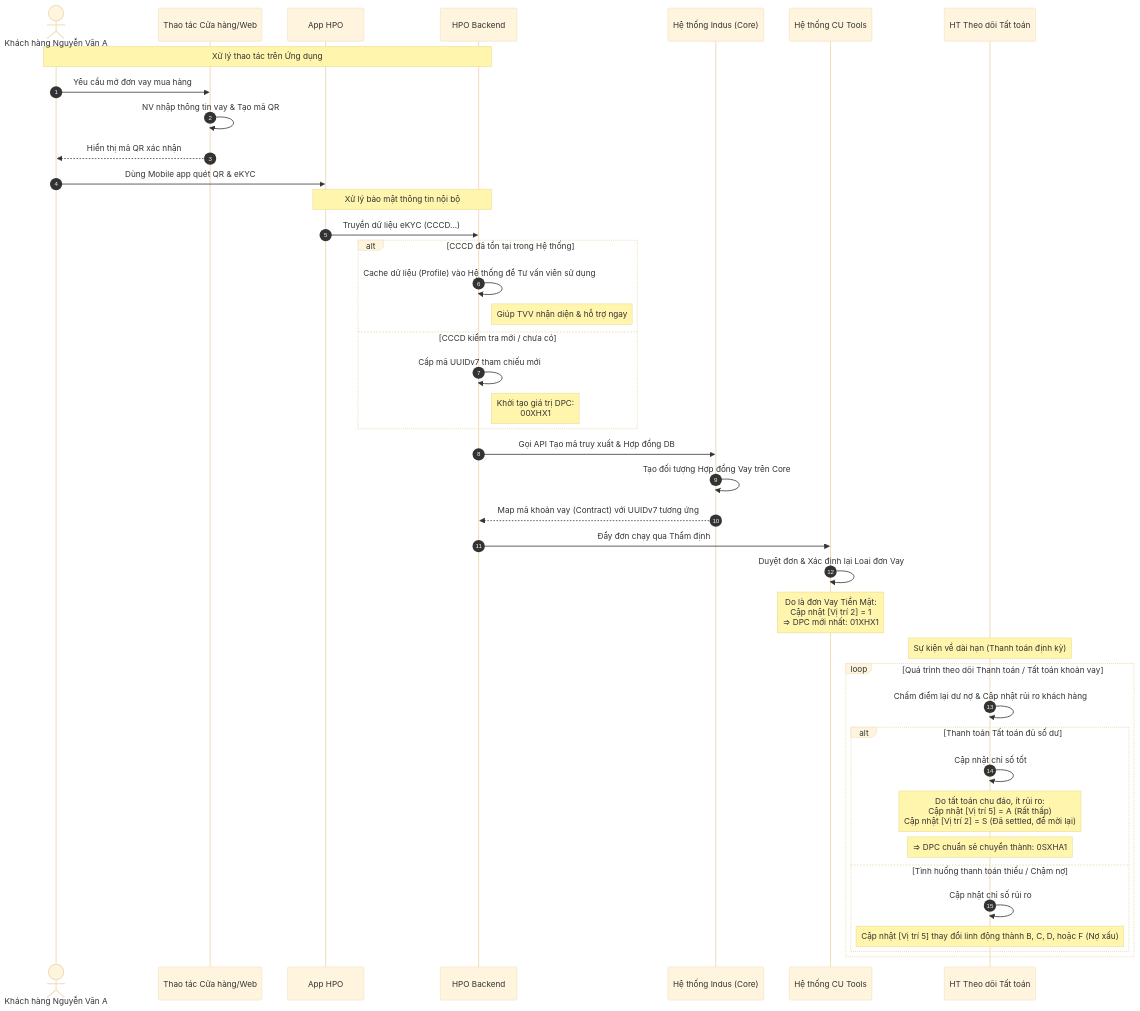
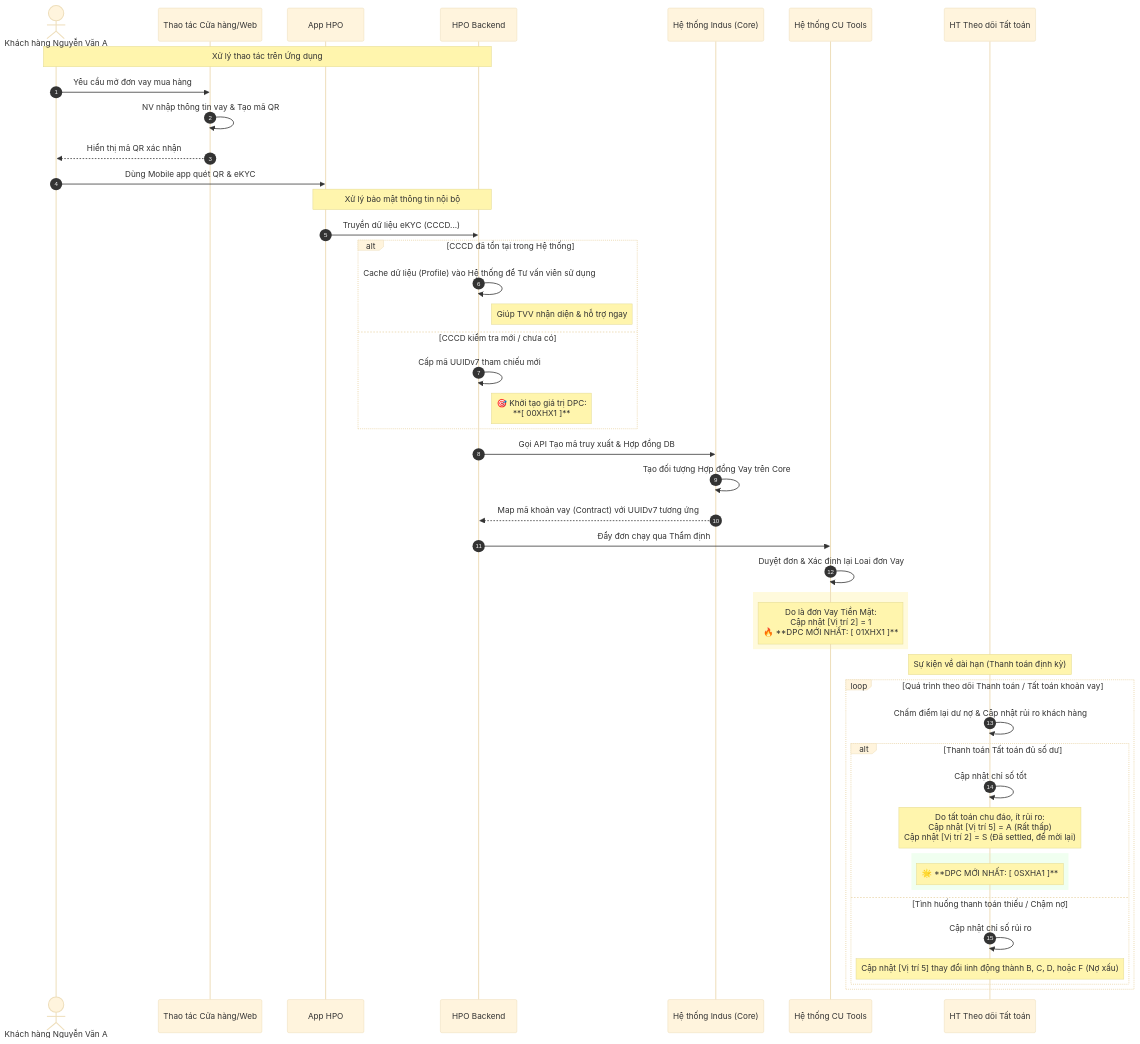
The first of 2 diagrams in dpc/03_Luong_Xu_Ly_DPC.md (quangha9797/hdss-docs), drawn with Mermaid (base theme) before and after one commit. The commit also changed other lines of this file, not shown here.

````diff
--- a/dpc/03_Luong_Xu_Ly_DPC.md
+++ b/dpc/03_Luong_Xu_Ly_DPC.md
@@ -13,49 +13,53 @@
 ```mermaid
 sequenceDiagram
     autonumber
     actor KH as Khách hàng Nguyễn Văn A
     participant TQ as Thao tác Cửa hàng/Web
     participant APP as App HPO 
     participant BE as HPO Backend
     participant IND as Hệ thống Indus (Core)
     participant CUT as Hệ thống CU Tools
     participant SYS as HT Theo dõi Tất toán
 
     note over KH, BE: Xử lý thao tác trên Ứng dụng
     KH->>TQ: Yêu cầu mở đơn vay mua hàng
     TQ->>TQ: NV nhập thông tin vay & Tạo mã QR
     TQ-->>KH: Hiển thị mã QR xác nhận
     KH->>APP: Dùng Mobile app quét QR & eKYC
 
     note over APP, BE: Xử lý bảo mật thông tin nội bộ
     APP->>BE: Truyền dữ liệu eKYC (CCCD...)
     
     alt CCCD đã tồn tại trong Hệ thống
         BE->>BE: Cache dữ liệu (Profile) vào Hệ thống để Tư vấn viên sử dụng
         note right of BE: Giúp TVV nhận diện & hỗ trợ ngay
     else CCCD kiểm tra mới / chưa có
         BE->>BE: Cấp mã UUIDv7 tham chiếu mới
-        note right of BE: Khởi tạo giá trị DPC:<br/>00XHX1
+        note right of BE: 🎯 Khởi tạo giá trị DPC:<br/>**[ 00XHX1 ]**
     end
 
     BE->>IND: Gọi API Tạo mã truy xuất & Hợp đồng DB
     IND->>IND: Tạo đối tượng Hợp đồng Vay trên Core
     IND-->>BE: Map mã khoản vay (Contract) với UUIDv7 tương ứng
 
     BE->>CUT: Đẩy đơn chạy qua Thẩm định
     CUT->>CUT: Duyệt đơn & Xác định lại Loai đơn Vay
-    note over CUT: Do là đơn Vay Tiền Mặt:<br/>Cập nhật [Vị trí 2] = 1<br/>=> DPC mới nhất: 01XHX1 
+    rect rgb(255, 250, 220)
+    note over CUT: Do là đơn Vay Tiền Mặt:<br/>Cập nhật [Vị trí 2] = 1<br/>🔥 **DPC MỚI NHẤT: [ 01XHX1 ]**
+    end
     
     note over SYS: Sự kiện về dài hạn (Thanh toán định kỳ)
     loop Quá trình theo dõi Thanh toán / Tất toán khoản vay
         SYS->>SYS: Chấm điểm lại dư nợ & Cập nhật rủi ro khách hàng
         alt Thanh toán Tất toán đủ số dư
             SYS->>SYS: Cập nhật chỉ số tốt
             note over SYS: Do tất toán chu đáo, ít rủi ro:<br/>Cập nhật [Vị trí 5] = A (Rất thấp)<br/>Cập nhật [Vị trí 2] = S (Đã settled, để mời lại)
-            note over SYS: => DPC chuẩn sẽ chuyển thành: 0SXHA1
+            rect rgb(240, 255, 240)
+            note over SYS: 🌟 **DPC MỚI NHẤT: [ 0SXHA1 ]**
+            end
         else Tình huống thanh toán thiếu / Chậm nợ
             SYS->>SYS: Cập nhật chỉ số rủi ro
             note over SYS: Cập nhật [Vị trí 5] thay đổi linh động thành B, C, D, hoặc F (Nợ xấu)
         end
     end
 ```
````
